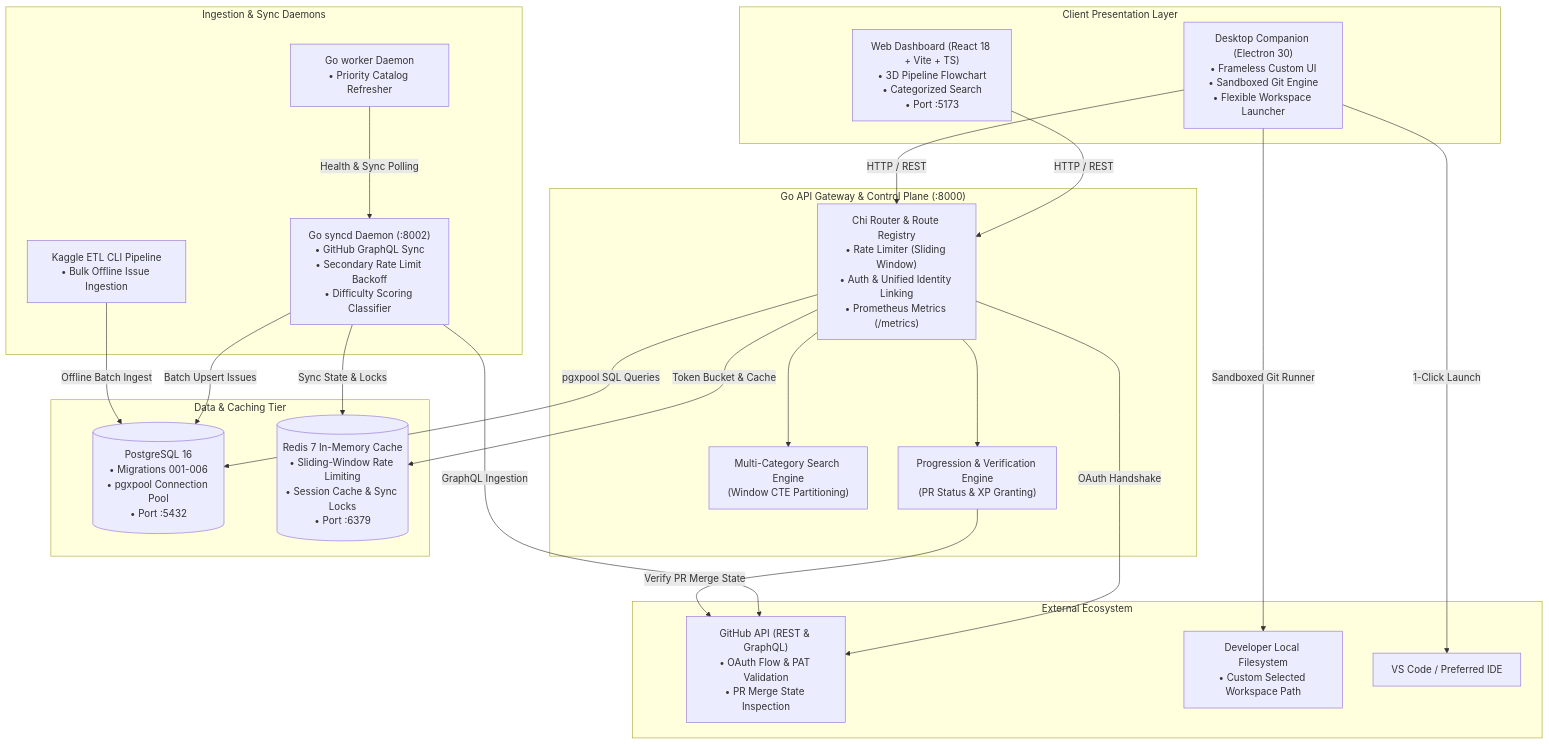
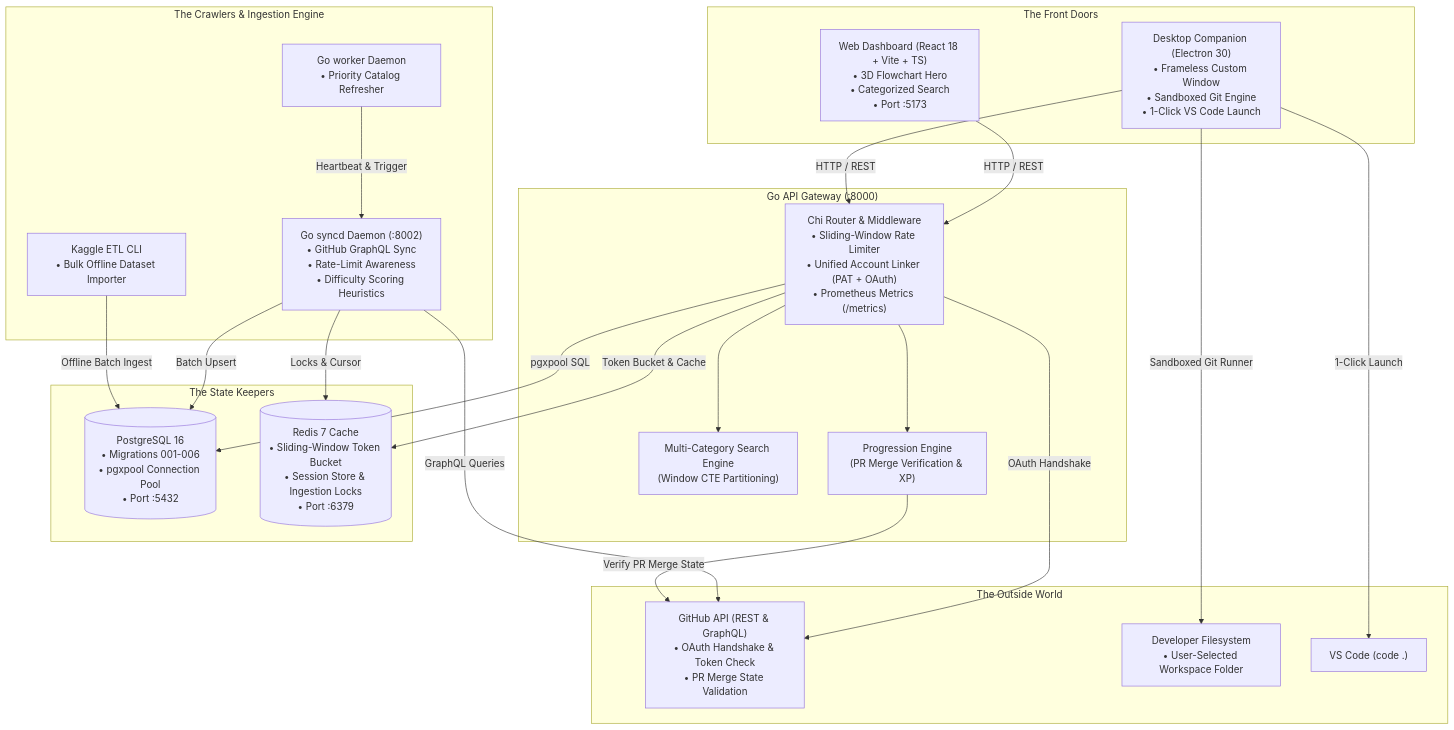
The first of 2 diagrams in ARCHITECTURE.md (dizziedbliss/SkillIssues), drawn with Mermaid before and after one commit. The commit also changed other lines of this file and 8 other files, not shown here.

Commit message:
docs: refresh README, CONTRIBUTING, ARCHITECTURE, and add CODE_OF_CONDUCT and issue templates with welcoming quirky tone

````diff
--- a/ARCHITECTURE.md
+++ b/ARCHITECTURE.md
@@ -11,49 +15,49 @@
 ```mermaid
 flowchart TB
-    subgraph Clients["Client Presentation Layer"]
-        Web["Web Dashboard (React 18 + Vite + TS)\n• 3D Pipeline Flowchart\n• Categorized Search\n• Port :5173"]
-        Desktop["Desktop Companion (Electron 30)\n• Frameless Custom UI\n• Sandboxed Git Engine\n• Flexible Workspace Launcher"]
+    subgraph Clients["The Front Doors"]
+        Web["Web Dashboard (React 18 + Vite + TS)\n• 3D Flowchart Hero\n• Categorized Search\n• Port :5173"]
+        Desktop["Desktop Companion (Electron 30)\n• Frameless Custom Window\n• Sandboxed Git Engine\n• 1-Click VS Code Launch"]
     end
 
-    subgraph Gateway["Go API Gateway & Control Plane (:8000)"]
-        Router["Chi Router & Route Registry\n• Rate Limiter (Sliding Window)\n• Auth & Unified Identity Linking\n• Prometheus Metrics (/metrics)"]
+    subgraph Gateway["Go API Gateway (:8000)"]
+        Router["Chi Router & Middleware\n• Sliding-Window Rate Limiter\n• Unified Account Linker (PAT + OAuth)\n• Prometheus Metrics (/metrics)"]
         SearchEng["Multi-Category Search Engine\n(Window CTE Partitioning)"]
-        ProgEng["Progression & Verification Engine\n(PR Status & XP Granting)"]
+        ProgEng["Progression Engine\n(PR Merge Verification & XP)"]
     end
 
-    subgraph DataStore["Data & Caching Tier"]
+    subgraph Storage["The State Keepers"]
         DB[(PostgreSQL 16\n• Migrations 001-006\n• pgxpool Connection Pool\n• Port :5432)]
-        RedisCache[(Redis 7 In-Memory Cache\n• Sliding-Window Rate Limiting\n• Session Cache & Sync Locks\n• Port :6379)]
+        RedisCache[(Redis 7 Cache\n• Sliding-Window Token Bucket\n• Session Store & Ingestion Locks\n• Port :6379)]
     end
 
-    subgraph IngestionTier["Ingestion & Sync Daemons"]
-        Syncd["Go syncd Daemon (:8002)\n• GitHub GraphQL Sync\n• Secondary Rate Limit Backoff\n• Difficulty Scoring Classifier"]
+    subgraph Ingestion["The Crawlers & Ingestion Engine"]
+        Syncd["Go syncd Daemon (:8002)\n• GitHub GraphQL Sync\n• Rate-Limit Awareness\n• Difficulty Scoring Heuristics"]
         Worker["Go worker Daemon\n• Priority Catalog Refresher"]
-        Kaggle["Kaggle ETL CLI Pipeline\n• Bulk Offline Issue Ingestion"]
+        Kaggle["Kaggle ETL CLI\n• Bulk Offline Dataset Importer"]
     end
 
-    subgraph External["External Ecosystem"]
-        GitHubAPI["GitHub API (REST & GraphQL)\n• OAuth Flow & PAT Validation\n• PR Merge State Inspection"]
-        LocalFS["Developer Local Filesystem\n• Custom Selected Workspace Path"]
-        VSCode["VS Code / Preferred IDE"]
+    subgraph OutsideWorld["The Outside World"]
+        GitHubAPI["GitHub API (REST & GraphQL)\n• OAuth Handshake & Token Check\n• PR Merge State Validation"]
+        DevFS["Developer Filesystem\n• User-Selected Workspace Folder"]
+        VSCode["VS Code (code .)"]
     end
 
     Web -->|HTTP / REST| Router
     Desktop -->|HTTP / REST| Router
-    Desktop -->|Sandboxed Git Runner| LocalFS
+    Desktop -->|Sandboxed Git Runner| DevFS
     Desktop -->|1-Click Launch| VSCode
 
     Router --> SearchEng
     Router --> ProgEng
-    Router -->|pgxpool SQL Queries| DB
+    Router -->|pgxpool SQL| DB
     Router -->|Token Bucket & Cache| RedisCache
     Router -->|OAuth Handshake| GitHubAPI
 
-    Syncd -->|GraphQL Ingestion| GitHubAPI
-    Syncd -->|Batch Upsert Issues| DB
-    Syncd -->|Sync State & Locks| RedisCache
+    Syncd -->|GraphQL Queries| GitHubAPI
+    Syncd -->|Batch Upsert| DB
+    Syncd -->|Locks & Cursor| RedisCache
 
-    Worker -->|Health & Sync Polling| Syncd
+    Worker -->|Heartbeat & Trigger| Syncd
     Kaggle -->|Offline Batch Ingest| DB
     ProgEng -->|Verify PR Merge State| GitHubAPI
 ```
````
